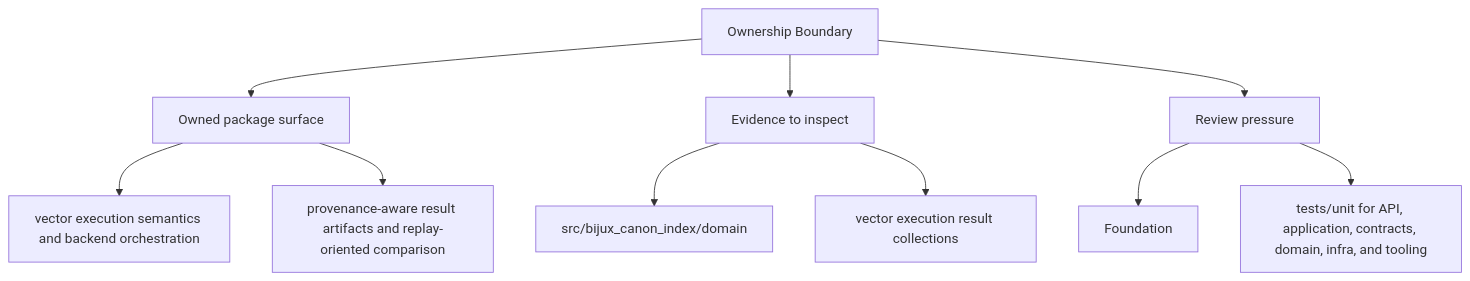
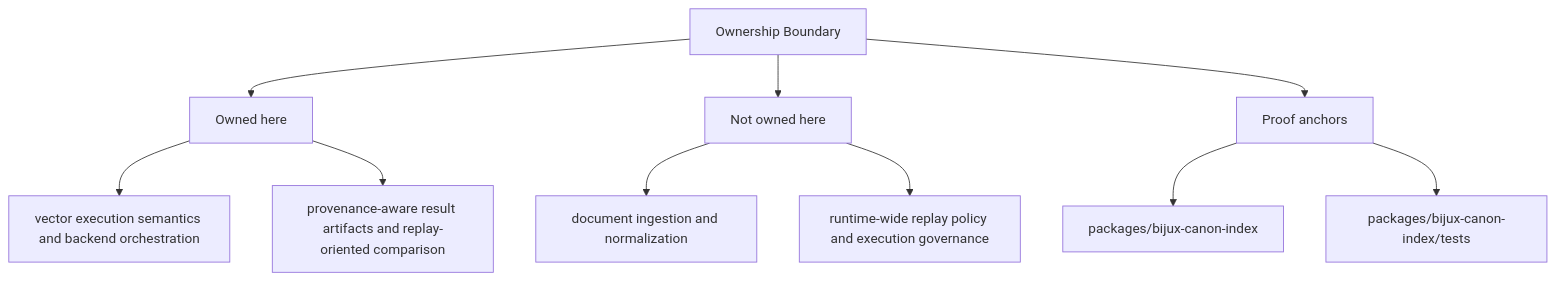
The second of 2 diagrams in docs/bijux-canon-index/foundation/ownership-boundary.md (bijux/bijux-canon), drawn with Mermaid before and after one commit. The commit also changed other lines of this file and 250 other files, not shown here.

Commit message:
docs(diagrams): make product page maps more readable

````diff
--- a/docs/bijux-canon-index/foundation/ownership-boundary.md
+++ b/docs/bijux-canon-index/foundation/ownership-boundary.md
@@ -35,22 +35,22 @@
 ```mermaid
 flowchart TD
     page["Ownership Boundary"]
-    focus1["Owned package surface"]
+    focus1["Owned here"]
     page --> focus1
     focus1_1["vector execution semantics and backend orchestration"]
     focus1 --> focus1_1
     focus1_2["provenance-aware result artifacts and replay-oriented comparison"]
     focus1 --> focus1_2
-    focus2["Evidence to inspect"]
+    focus2["Not owned here"]
     page --> focus2
-    focus2_1["src/bijux_canon_index/domain"]
+    focus2_1["document ingestion and normalization"]
     focus2 --> focus2_1
-    focus2_2["vector execution result collections"]
+    focus2_2["runtime-wide replay policy and execution governance"]
     focus2 --> focus2_2
-    focus3["Review pressure"]
+    focus3["Proof anchors"]
     page --> focus3
-    focus3_1["Foundation"]
+    focus3_1["packages/bijux-canon-index"]
     focus3 --> focus3_1
-    focus3_2["tests/unit for API, application, contracts, domain, infra, and tooling"]
+    focus3_2["packages/bijux-canon-index/tests"]
     focus3 --> focus3_2
 ```
````
